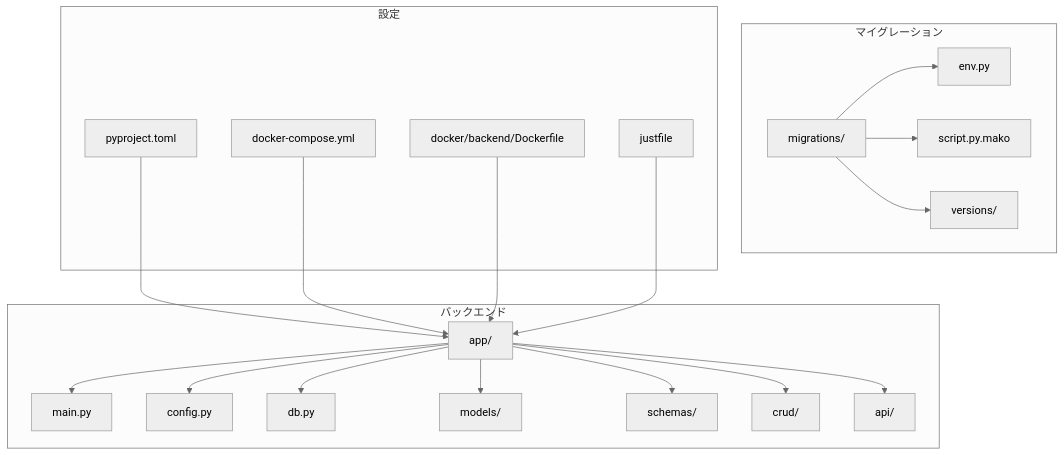
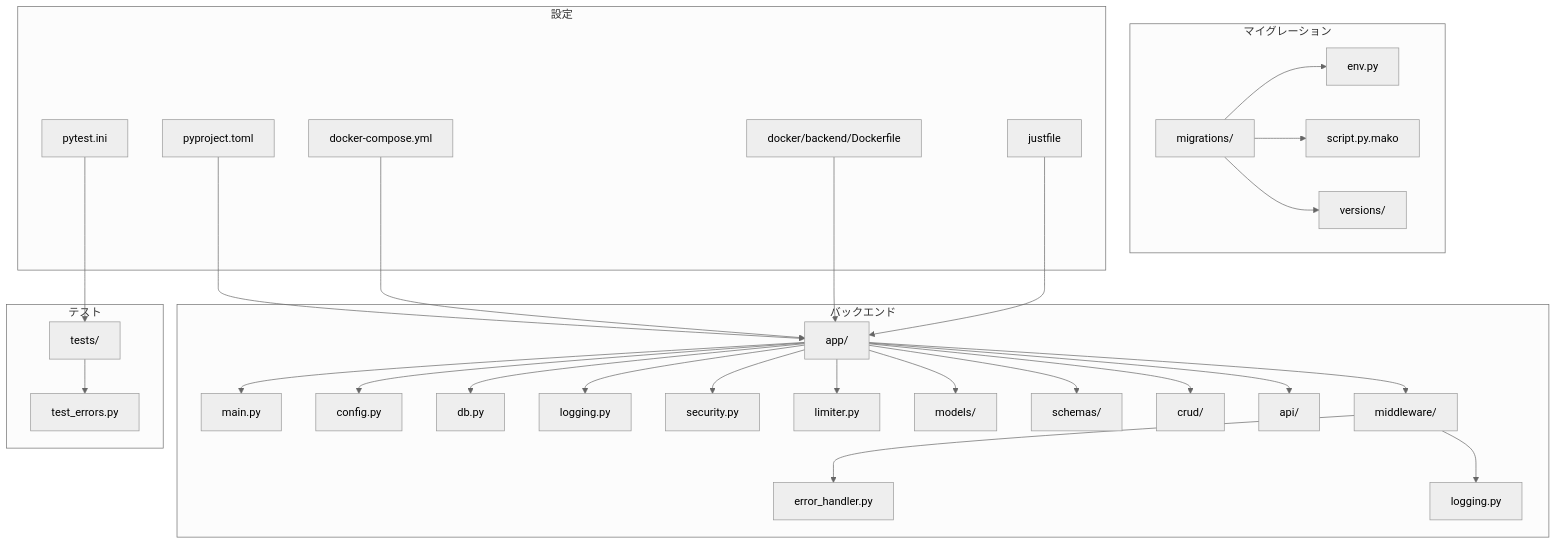
Before and after one commit to ss8806/Todos: the first of 3 diagrams in .qoder/repowiki/ja/content/バックエンド開発.md, drawn with Mermaid (neutral theme). The commit also changed other lines of this file and 6 other files, not shown here.

````diff
--- a/.qoder/repowiki/ja/content/バックエンド開発.md
+++ b/.qoder/repowiki/ja/content/バックエンド開発.md
@@ -73,39 +86,58 @@
 ```mermaid
 graph TB
 subgraph "バックエンド"
 APP["app/"]
 MAIN["main.py"]
 CONFIG["config.py"]
 DBMOD["db.py"]
+LOGGING["logging.py"]
+SECURITY["security.py"]
+LIMITER["limiter.py"]
 MODELS["models/"]
 SCHEMAS["schemas/"]
 CRUD["crud/"]
 API["api/"]
+MIDDLEWARE["middleware/"]
+ERROR_HANDLER["error_handler.py"]
+LOGGING_MW["logging.py"]
 end
 subgraph "マイグレーション"
 MIGRATIONS["migrations/"]
 ENV["env.py"]
 SCRIPT["script.py.mako"]
 VERSIONS["versions/"]
 end
+subgraph "テスト"
+TESTS["tests/"]
+TEST_ERRORS["test_errors.py"]
+end
 subgraph "設定"
 PYPROJECT["pyproject.toml"]
 DOCKERCOMPOSE["docker-compose.yml"]
 DOCKERFILE["docker/backend/Dockerfile"]
 JUST["justfile"]
+PYTESTINI["pytest.ini"]
 end
 APP --> MAIN
 APP --> CONFIG
 APP --> DBMOD
+APP --> LOGGING
+APP --> SECURITY
+APP --> LIMITER
 APP --> MODELS
 APP --> SCHEMAS
 APP --> CRUD
 APP --> API
+APP --> MIDDLEWARE
+MIDDLEWARE --> ERROR_HANDLER
+MIDDLEWARE --> LOGGING_MW
 MIGRATIONS --> ENV
 MIGRATIONS --> SCRIPT
 MIGRATIONS --> VERSIONS
+TESTS --> TEST_ERRORS
 PYPROJECT --> APP
 DOCKERCOMPOSE --> APP
 DOCKERFILE --> APP
 JUST --> APP
+PYTESTINI --> TESTS
 ```
````
